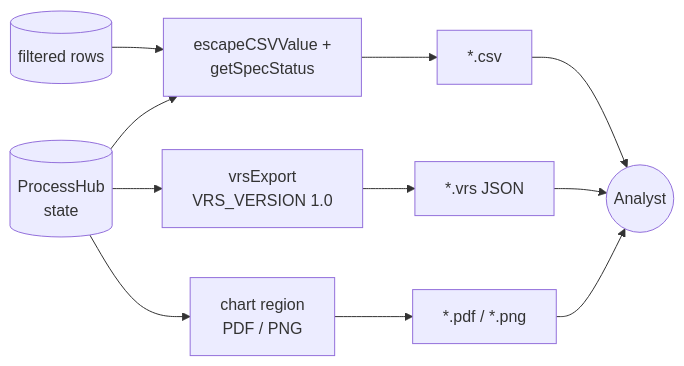
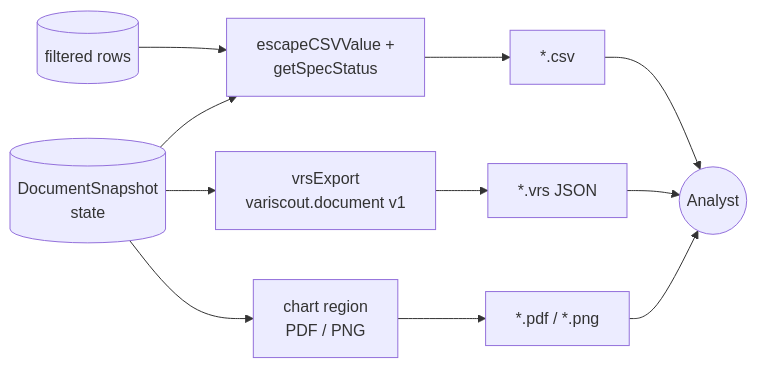
The diagram in docs/03-features/data/export.md (jukka-matti/variscout), drawn with Mermaid before and after one commit. The commit also changed other lines of this file and 43 other files, not shown here.

````diff
--- a/docs/03-features/data/export.md
+++ b/docs/03-features/data/export.md
@@ -28,15 +28,15 @@
 ```mermaid
 flowchart LR
-    Hub[(ProcessHub<br/>state)]
+    Snapshot[(DocumentSnapshot<br/>state)]
     Rows[(filtered rows)]
-    Hub --> CSV[escapeCSVValue +<br/>getSpecStatus]
+    Snapshot --> CSV[escapeCSVValue +<br/>getSpecStatus]
     Rows --> CSV
-    Hub --> VRS[vrsExport<br/>VRS_VERSION 1.0]
-    Hub --> PNG[chart region<br/>PDF / PNG]
+    Snapshot --> VRS[vrsExport<br/>variscout.document v1]
+    Snapshot --> PNG[chart region<br/>PDF / PNG]
     CSV --> CSVFile[*.csv]
     VRS --> VRSFile[*.vrs JSON]
     PNG --> ImgFile[*.pdf / *.png]
     CSVFile --> User((Analyst))
     VRSFile --> User
     ImgFile --> User
 ```
````
